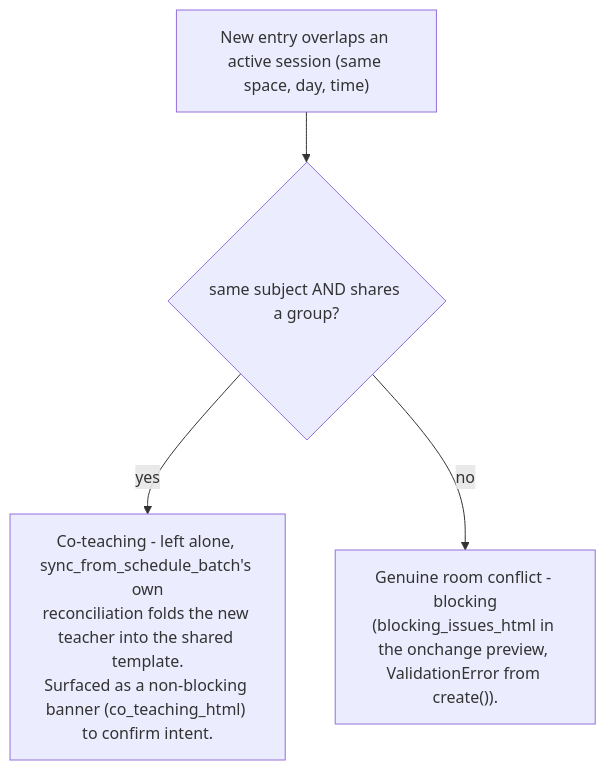
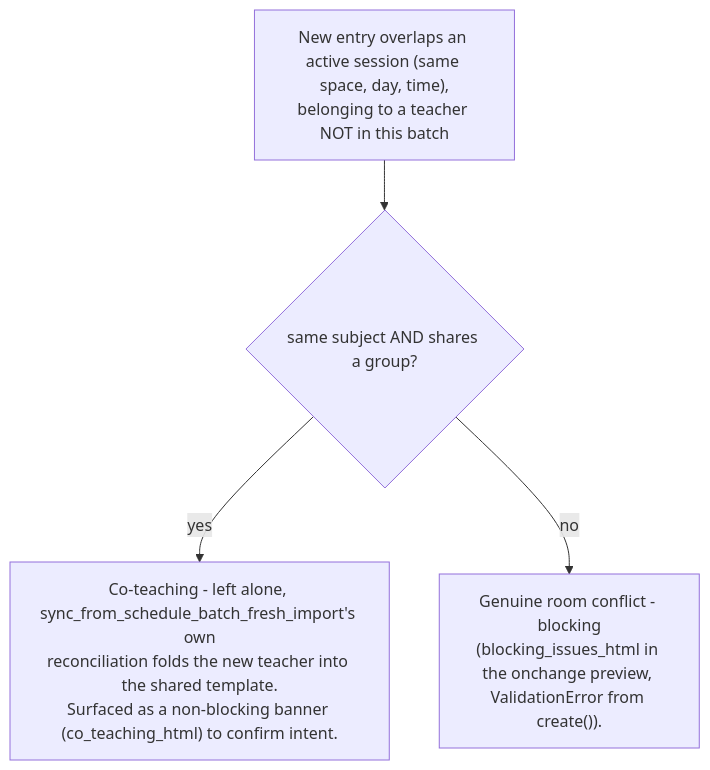
Before and after one commit to ElPuig/EMS: the fifth of 7 diagrams in docs/en/developers/employees/working_schedule.md, drawn with Mermaid. The commit also changed other lines of this file and 7 other files, not shown here.

````diff
--- a/docs/en/developers/employees/working_schedule.md
+++ b/docs/en/developers/employees/working_schedule.md
@@ -176,6 +203,6 @@
 ```mermaid
 flowchart TD
-    E["New entry overlaps an active session (same space, day, time)"] --> Q{"same subject AND shares a group?"}
-    Q -->|yes| CT["Co-teaching - left alone, sync_from_schedule_batch's own\nreconciliation folds the new teacher into the shared template.\nSurfaced as a non-blocking banner (co_teaching_html) to confirm intent."]
+    E["New entry overlaps an active session (same space, day, time),\nbelonging to a teacher NOT in this batch"] --> Q{"same subject AND shares a group?"}
+    Q -->|yes| CT["Co-teaching - left alone, sync_from_schedule_batch_fresh_import's own\nreconciliation folds the new teacher into the shared template.\nSurfaced as a non-blocking banner (co_teaching_html) to confirm intent."]
     Q -->|no| SC["Genuine room conflict - blocking\n(blocking_issues_html in the onchange preview, ValidationError from create())."]
 ```
````
